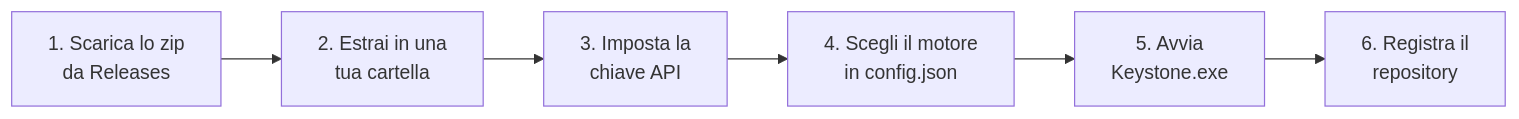
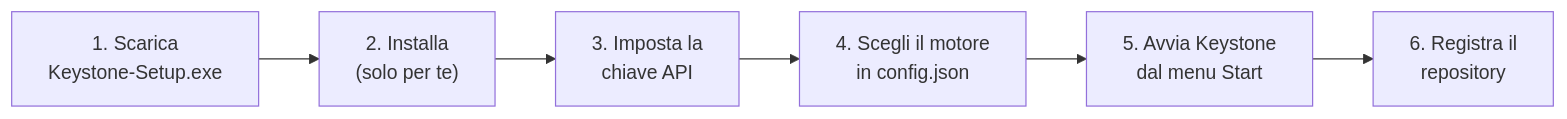
One commit to yokxi/Keystone changed the fourth of 6 diagrams in README.md. Above: the diagram before and after it, drawn with Mermaid. The commit also changed other lines of this file and 3 other files, not shown here.

````diff
--- a/README.md
+++ b/README.md
@@ -102,8 +102,8 @@
 ```mermaid
 flowchart LR
-    S1["1. Scarica lo zip<br/>da Releases"] --> S2["2. Estrai in una<br/>tua cartella"]
+    S1["1. Scarica<br/>Keystone-Setup.exe"] --> S2["2. Installa<br/>(solo per te)"]
     S2 --> S3["3. Imposta la<br/>chiave API"]
     S3 --> S4["4. Scegli il motore<br/>in config.json"]
-    S4 --> S5["5. Avvia<br/>Keystone.exe"]
+    S4 --> S5["5. Avvia Keystone<br/>dal menu Start"]
     S5 --> S6["6. Registra il<br/>repository"]
 ```
````
